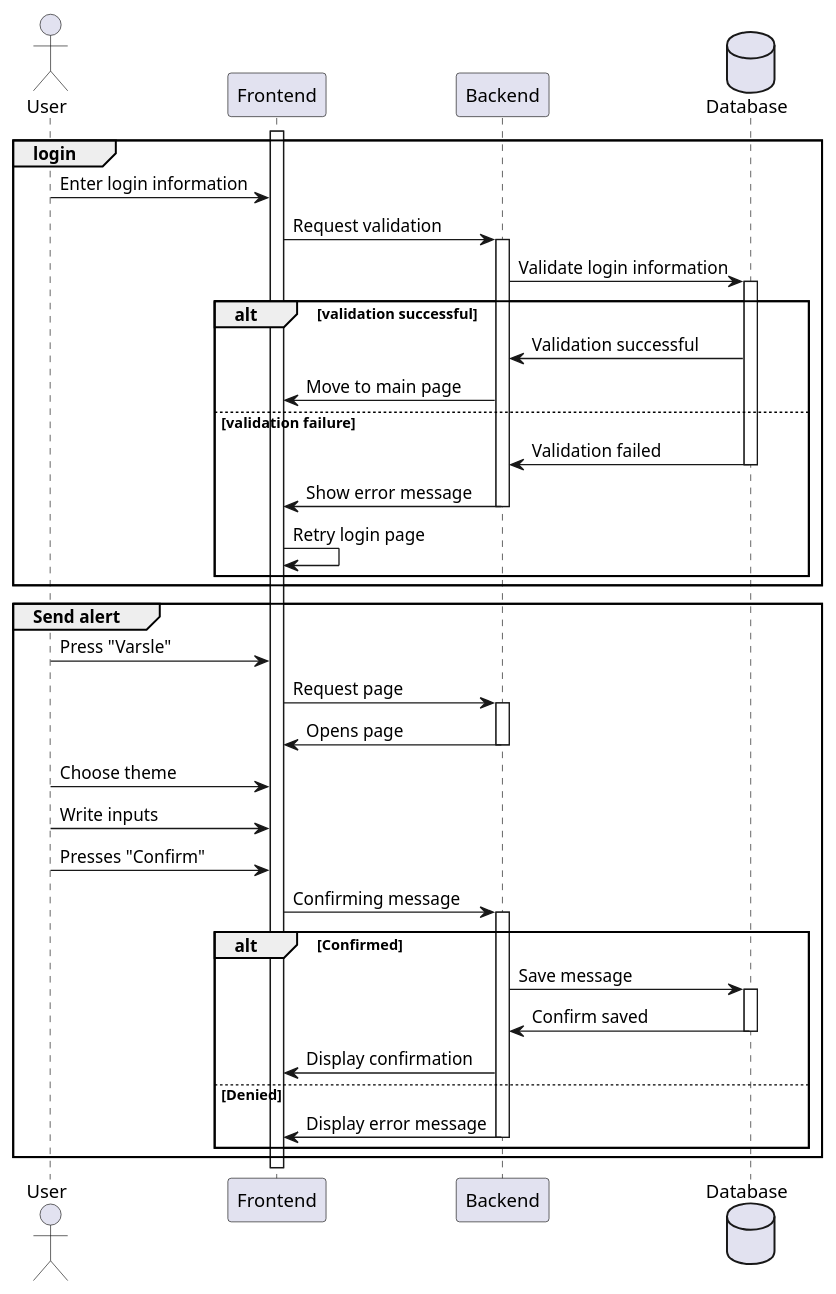
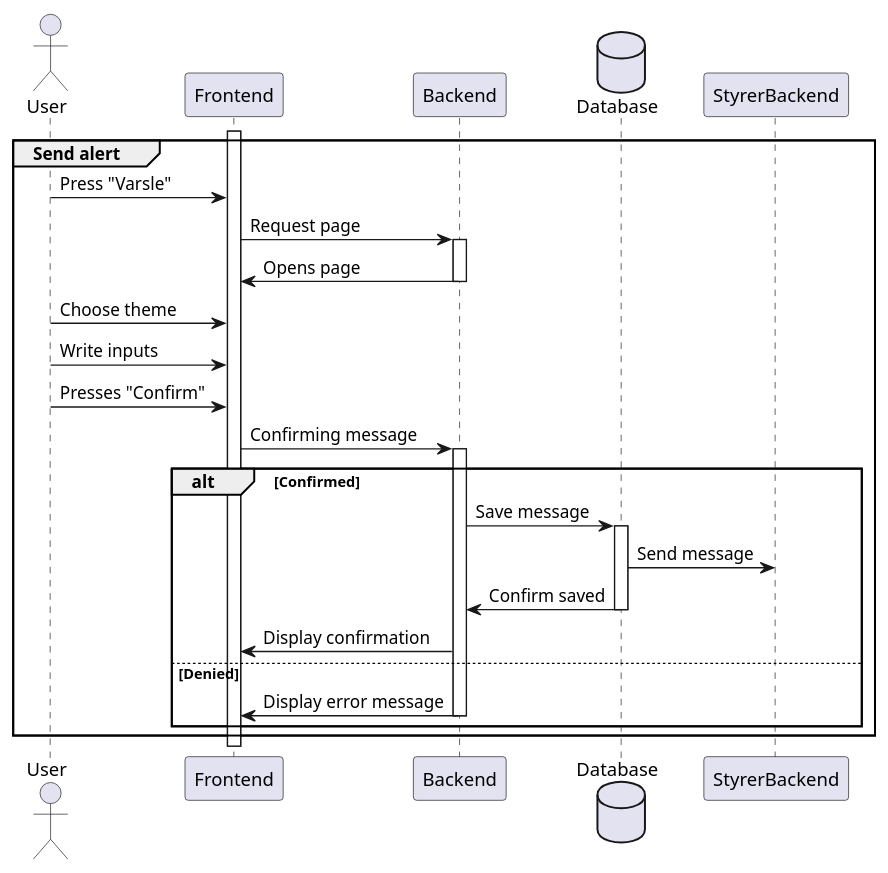
Before and after one commit to Brannersrud/Nabovarsel_UML: the diagram in Sequence-User-Varsle.plantuml, drawn with PlantUML.

Commit message:
Update Sequence-User-Varsle.plantuml
Added StyrerBackend to the diagram

```diff
--- a/Sequence-User-Varsle.plantuml
+++ b/Sequence-User-Varsle.plantuml
@@ -1,50 +1,36 @@
-@startuml testtest
+@startuml User send notification
 actor User
 participant Frontend
 participant Backend
 database Database
+participant StyrerBackend
 
-group login
+
+group Send alert
 activate Frontend
-    User -> Frontend : Enter login information
-    Frontend -> Backend : Request validation
-    activate Backend
-    Backend -> Database : Validate login information
-    activate Database
-        alt validation successful
-        Backend <- Database : Validation successful 
-        Frontend <- Backend : Move to main page
-        else validation failure
-        Backend <- Database : Validation failed
-        deactivate Database
-        Frontend <- Backend : Show error message
-        deactivate Backend
-        Frontend -> Frontend : Retry login page
-        end
-end
-group Send alert
     User -> Frontend : Press "Varsle"
     Frontend -> Backend : Request page
     activate Backend
     Backend -> Frontend : Opens page
     deactivate Backend
     User -> Frontend : Choose theme
     User -> Frontend : Write inputs
     User -> Frontend : Presses "Confirm"
 
     Frontend -> Backend : Confirming message
     activate Backend
         alt Confirmed
         Backend -> Database : Save message
         activate Database
+        Database -> StyrerBackend : Send message
         Database -> Backend : Confirm saved
         deactivate Database
         Backend -> Frontend : Display confirmation
         else Denied 
         Backend -> Frontend : Display error message
         deactivate Backend
         end
 end
 
 
 @enduml
```
